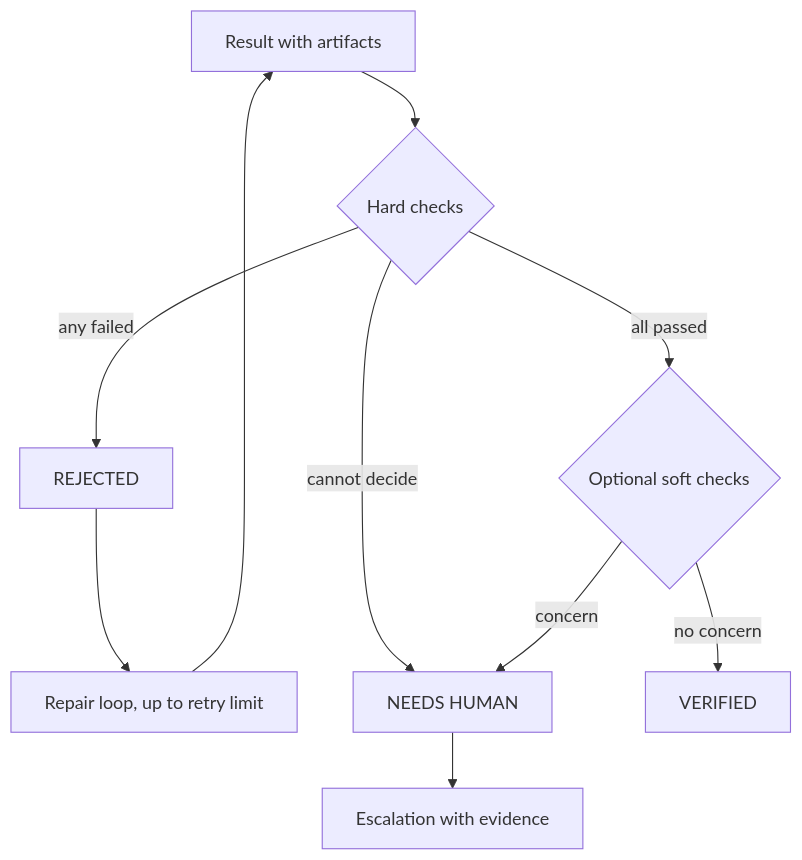
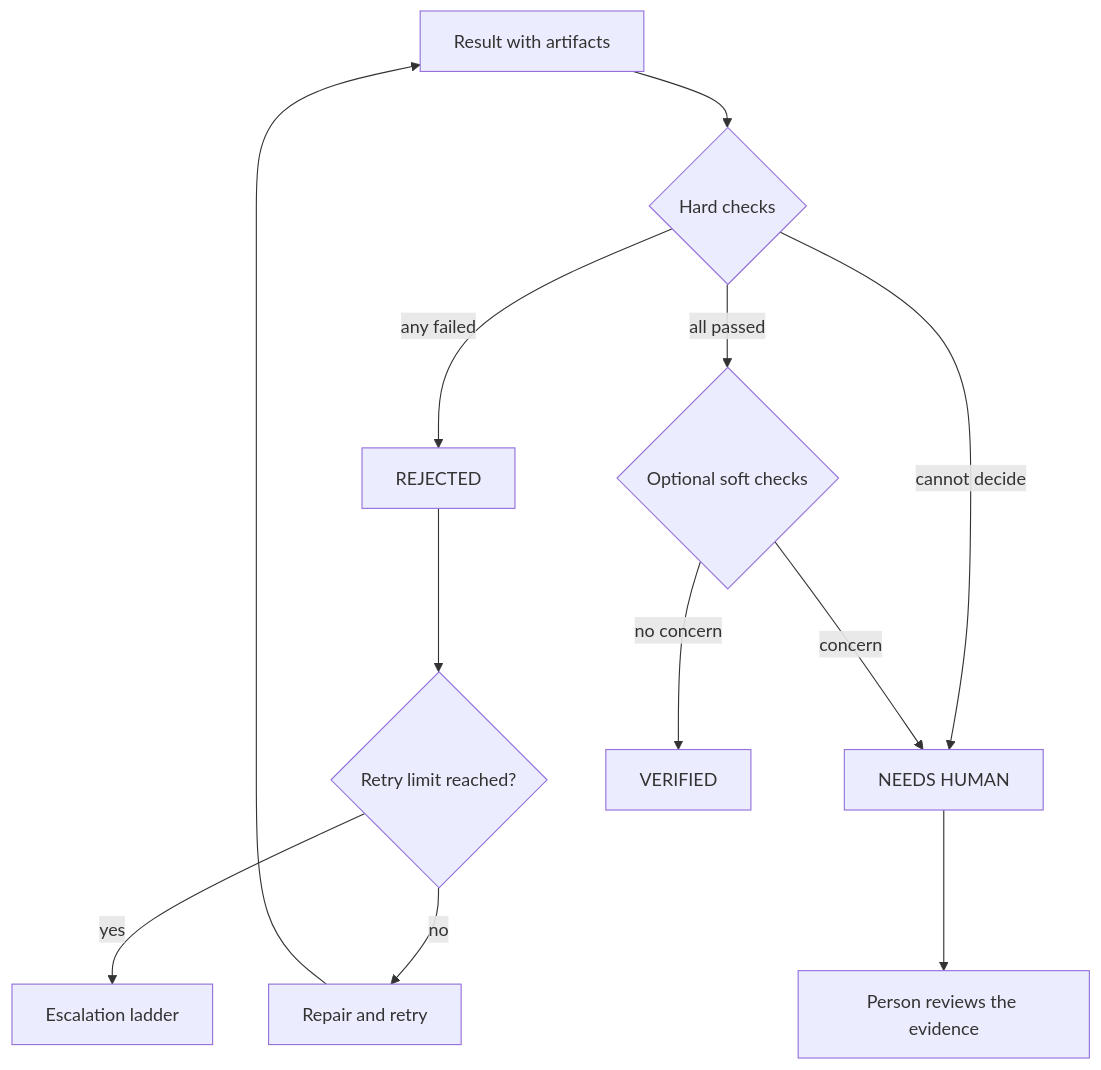
One commit to SatyamChouksey-88/local-agentic-ai-platform changed the second of 5 diagrams in README.md. Above: the diagram before and after it, drawn with Mermaid. The commit also changed other lines of this file and 7 other files, not shown here.

````diff
--- a/README.md
+++ b/README.md
@@ -74,14 +123,16 @@
 ```mermaid
 flowchart TD
   accTitle: Evidence status flow
-  accDescr: A result with captured artifacts goes through hard checks. A failed check means REJECTED and a repair loop. If checks cannot decide, the result needs a human. If all hard checks pass, optional soft checks can only downgrade to NEEDS HUMAN; otherwise it is VERIFIED.
+  accDescr: A result with captured artifacts goes through hard checks written in code. A failed check means REJECTED; the worker repairs and retries until the retry limit, then the task goes up the escalation ladder. If the checks cannot decide, a person reviews the evidence. If all hard checks pass, optional soft checks can only downgrade the result to NEEDS HUMAN; otherwise it is VERIFIED.
   R["Result with artifacts"] --> HC{"Hard checks"}
   HC -- "any failed" --> REJ["REJECTED"]
-  REJ --> FIX["Repair loop, up to retry limit"]
+  REJ --> LIM{"Retry limit reached?"}
+  LIM -- "no" --> FIX["Repair and retry"]
   FIX --> R
+  LIM -- "yes" --> ESC["Escalation ladder"]
   HC -- "cannot decide" --> NH["NEEDS HUMAN"]
-  NH --> ESC["Escalation with evidence"]
+  NH --> HR["Person reviews the evidence"]
   HC -- "all passed" --> SC{"Optional soft checks"}
   SC -- "concern" --> NH
   SC -- "no concern" --> VER["VERIFIED"]
 ```
````
